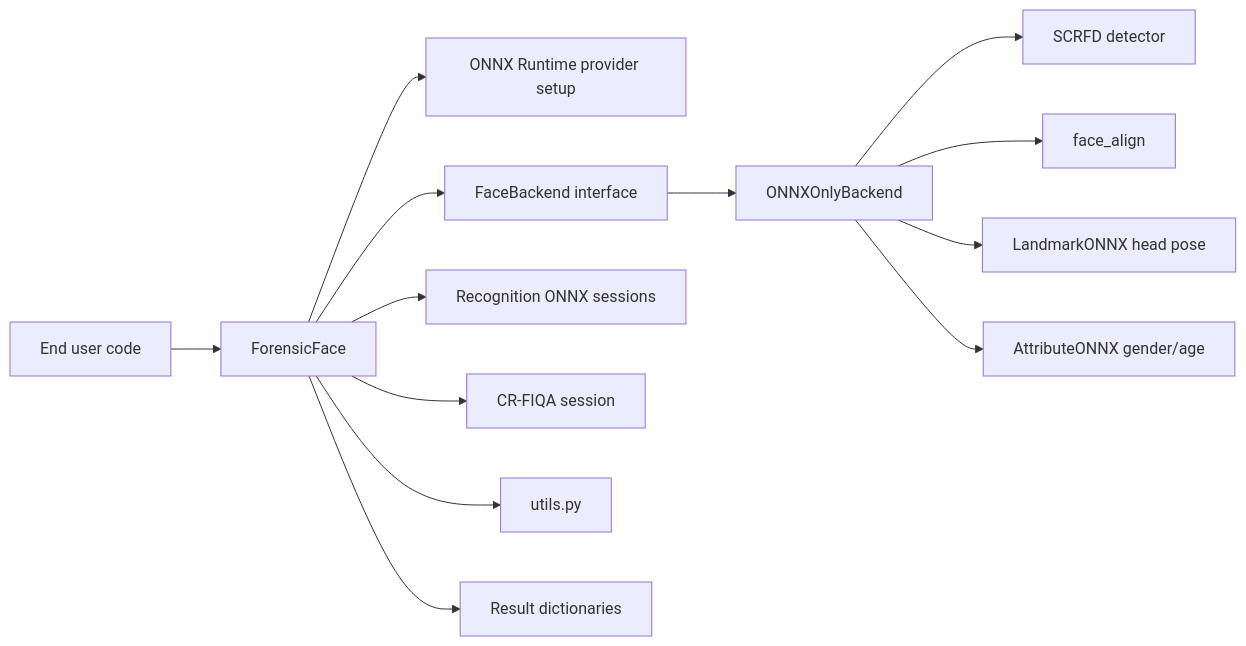
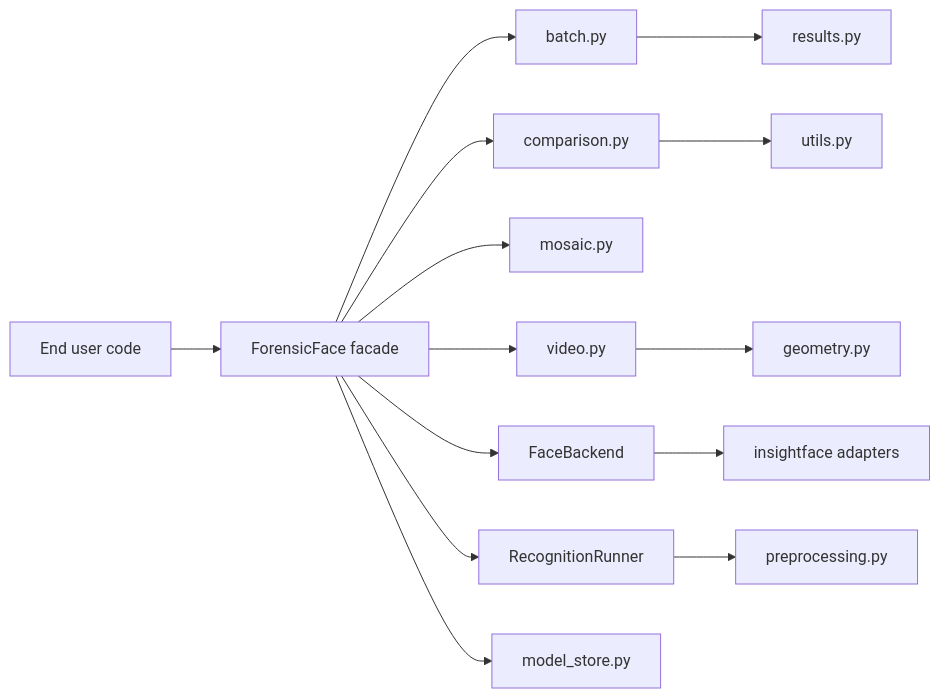
One commit to rafribeiro/forensicface changed the first of 4 diagrams in docs/architecture.md. Above: the diagram before and after it, drawn with Mermaid. The commit also changed other lines of this file and 32 other files, not shown here.

````diff
--- a/docs/architecture.md
+++ b/docs/architecture.md
@@ -25,15 +24,16 @@
 ```mermaid
 flowchart LR
-    User[End user code] --> FF[ForensicFace]
-    FF --> Runtime[ONNX Runtime provider setup]
-    FF --> Backend[FaceBackend interface]
-    Backend --> ONNX[ONNXOnlyBackend]
-    ONNX --> SCRFD[SCRFD detector]
-    ONNX --> Align[face_align]
-    ONNX --> Landmark[LandmarkONNX head pose]
-    ONNX --> Attribute[AttributeONNX gender/age]
-    FF --> Rec[Recognition ONNX sessions]
-    FF --> FIQA[CR-FIQA session]
-    FF --> Utils[utils.py]
-    FF --> Results[Result dictionaries]
+    User[End user code] --> FF[ForensicFace facade]
+    FF --> Batch[batch.py]
+    FF --> Compare[comparison.py]
+    FF --> Mosaic[mosaic.py]
+    FF --> Video[video.py]
+    FF --> Backend[FaceBackend]
+    FF --> Runner[RecognitionRunner]
+    FF --> Store[model_store.py]
+    Backend --> Insight[insightface adapters]
+    Runner --> Pre[preprocessing.py]
+    Batch --> Results[results.py]
+    Compare --> Utils[utils.py]
+    Video --> Geometry[geometry.py]
 ```
````
